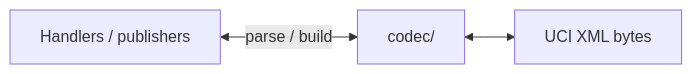
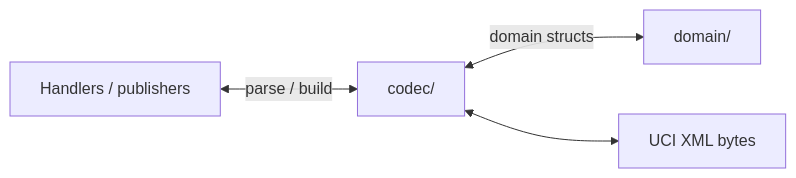
One commit to OpenAutonomy/open-vi changed the diagram in docs/CODEC.md. Above: the diagram before and after it, drawn with Mermaid. The commit also changed other lines of this file and 49 other files, not shown here.

First line of the commit message:
Make Isolator own A-GRA sequences so a public 0.1.0 has a small vehicle port.

````diff
--- a/docs/CODEC.md
+++ b/docs/CODEC.md
@@ -14,9 +14,11 @@
 ```mermaid
 flowchart LR
   H["Handlers / publishers"]
   C["codec/"]
+  D["domain/"]
   XML["UCI XML bytes"]
 
   H <-->|"parse / build"| C
+  C <-->|"domain structs"| D
   C <--> XML
 ```
````
